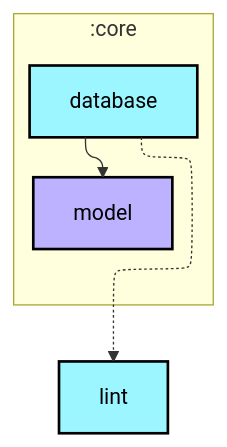
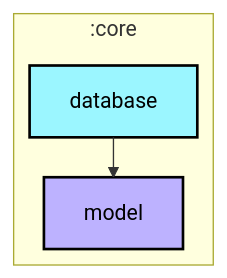
The first of 2 diagrams in core/database/README.md (android/nowinandroid), drawn with Mermaid before and after one commit. The commit also changed 30 other files, not shown here.

````diff
--- a/core/database/README.md
+++ b/core/database/README.md
@@ -6,25 +6,23 @@
 ```mermaid
 ---
 config:
   layout: elk
   elk:
     nodePlacementStrategy: SIMPLE
 ---
 graph TB
   subgraph :core
     direction TB
     :core:database[database]:::android-library
     :core:model[model]:::jvm-library
   end
-  :lint[lint]:::android-library
 
   :core:database --> :core:model
-  :core:database -.-> :lint
 
 classDef android-application fill:#CAFFBF,stroke:#000,stroke-width:2px,color:#000;
 classDef android-feature fill:#FFD6A5,stroke:#000,stroke-width:2px,color:#000;
 classDef android-library fill:#9BF6FF,stroke:#000,stroke-width:2px,color:#000;
 classDef android-test fill:#A0C4FF,stroke:#000,stroke-width:2px,color:#000;
 classDef jvm-library fill:#BDB2FF,stroke:#000,stroke-width:2px,color:#000;
 classDef unknown fill:#FFADAD,stroke:#000,stroke-width:2px,color:#000;
 ```
````
